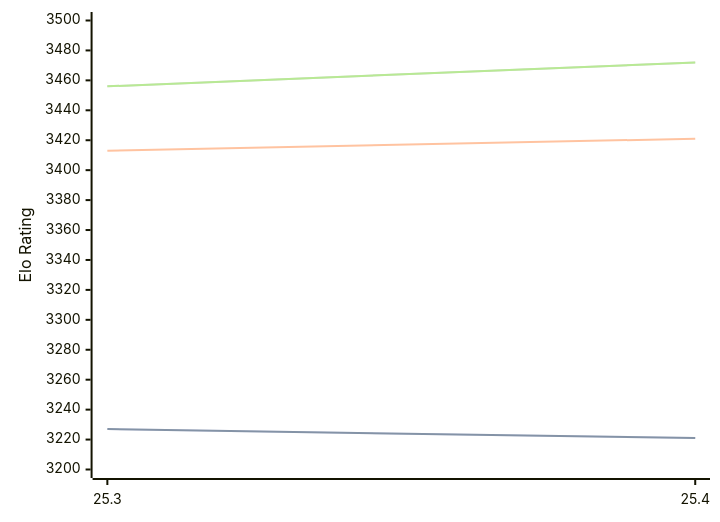
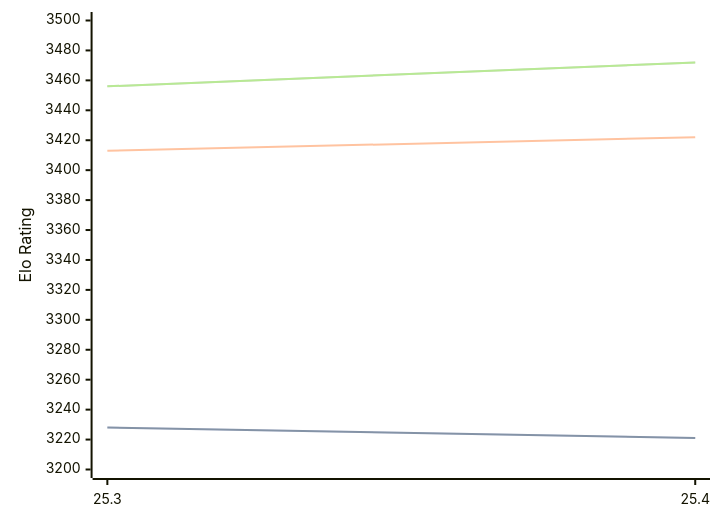
One commit to computer-chess-index/cci changed the first of 3 diagrams in engines/Arasan.md. Above: the diagram before and after it, drawn with Mermaid. The commit also changed other lines of this file, not shown here.

````diff
--- a/engines/Arasan.md
+++ b/engines/Arasan.md
@@ -33,11 +33,11 @@
 ```mermaid
 %%{init: {"theme":"base","themeVariables":{"seriesColors:['#a3a3a3','#222221','#faa371']}}}%%
 xychart-beta
   x-axis ["25.3", "25.4"]
   y-axis "Elo Rating" 3200 --> 3500
-  line "STC (8.0+0.08s)" [3227, 3221]
-  line "STC (8.0+0.08s)" [3227, 3221]
-  line "LTC (60.0+0.60s)" [3413, 3421]
+  line "STC (8.0+0.08s)" [3228, 3221]
+  line "STC (8.0+0.08s)" [3228, 3221]
+  line "LTC (60.0+0.60s)" [3413, 3422]
   line "VLTC (2m24s+1.12s)" [3456, 3472]
   line "VLTC (2m24s+1.12s)" [3456, 3472]
 ```
````
